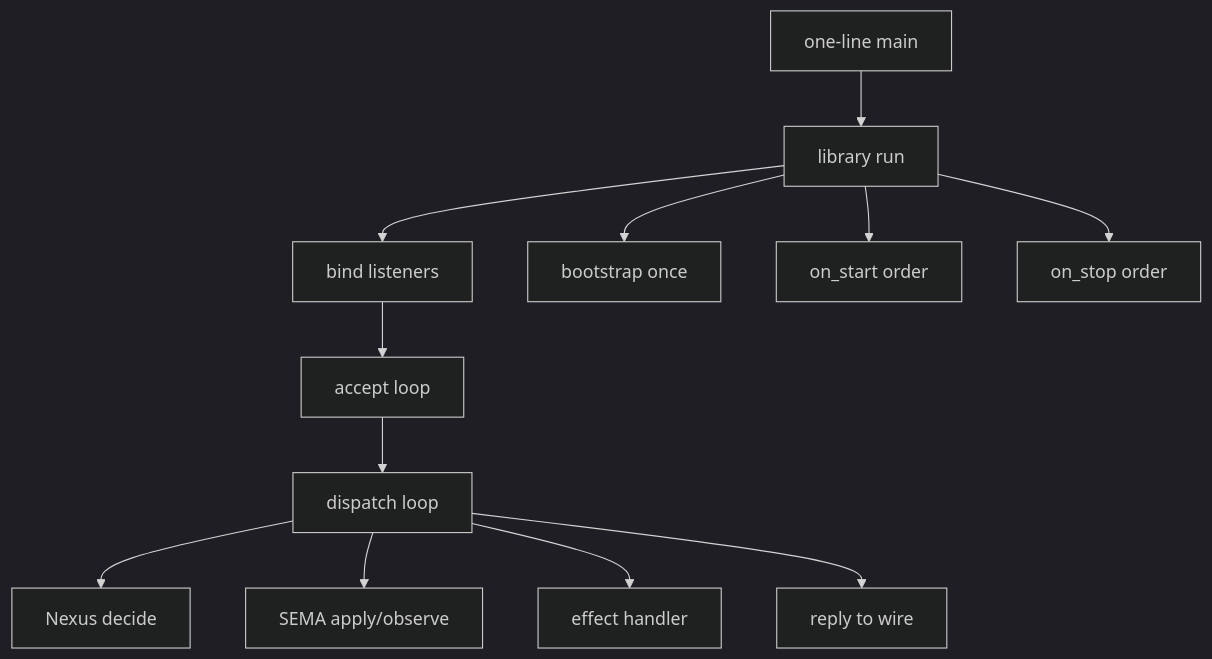
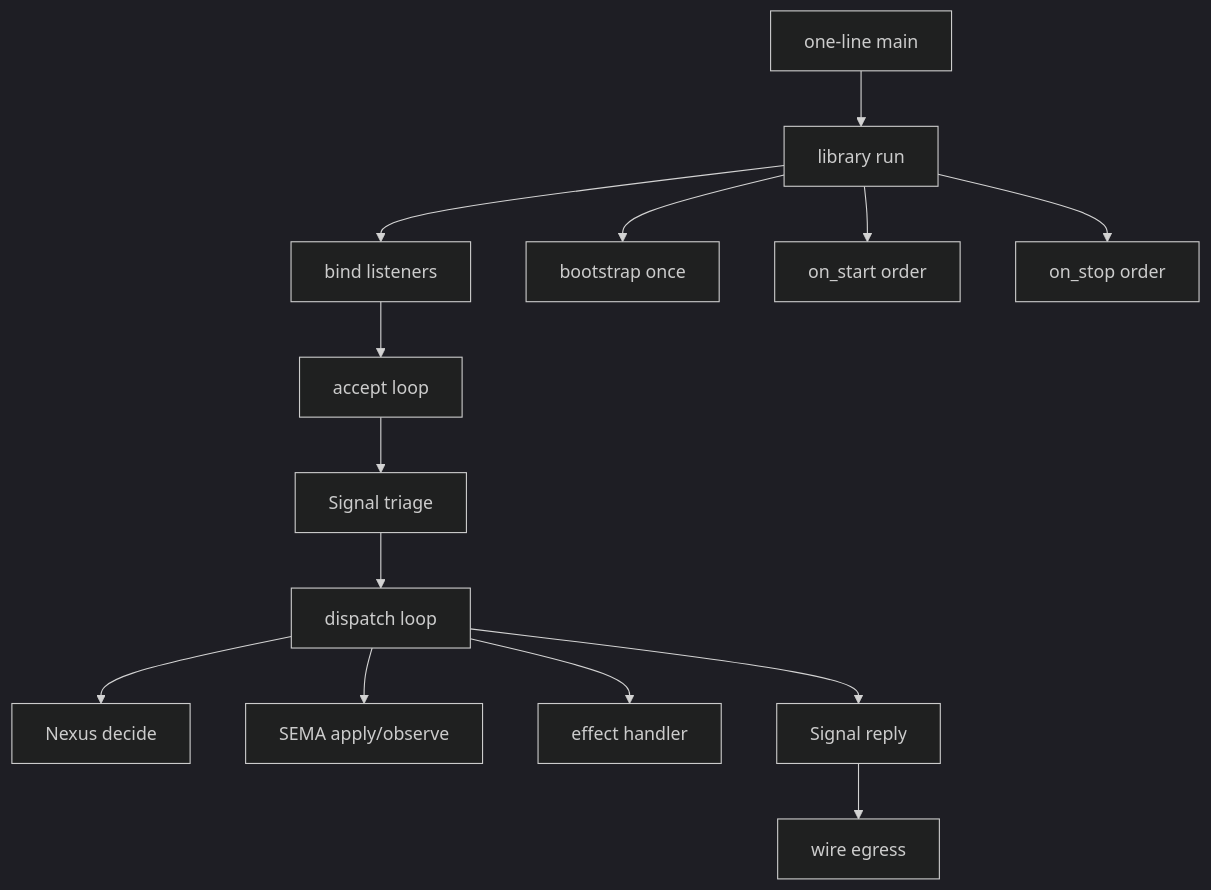
One commit to LiGoldragon/primary changed the first of 3 diagrams in reports/designer/513-Psyche-runtime-runner-shared-triad-runner-design.md. Above: the diagram before and after it, drawn with Mermaid (dark theme). The commit also changed other lines of this file, not shown here.

````diff
--- a/reports/designer/513-Psyche-runtime-runner-shared-triad-runner-design.md
+++ b/reports/designer/513-Psyche-runtime-runner-shared-triad-runner-design.md
@@ -75,14 +75,16 @@
 ```mermaid
 flowchart TD
   main[one-line main] --> run[library run]
   run --> bind[bind listeners]
   run --> boot[bootstrap once]
   run --> start[on_start order]
   bind --> accept[accept loop]
-  accept --> loop[dispatch loop]
+  accept --> triage[Signal triage]
+  triage --> loop[dispatch loop]
   loop --> nexus[Nexus decide]
   loop --> sema[SEMA apply/observe]
   loop --> effect[effect handler]
-  loop --> wire[reply to wire]
+  loop --> reply[Signal reply]
+  reply --> wire[wire egress]
   run --> stop[on_stop order]
 ```
````
